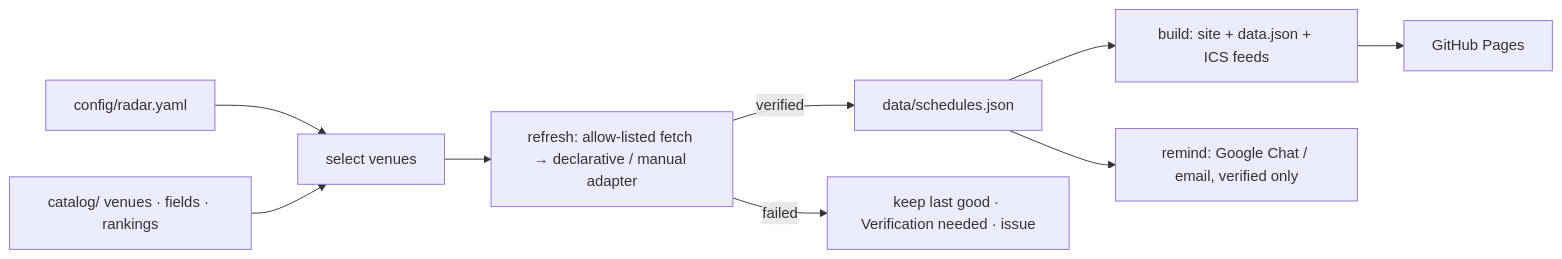
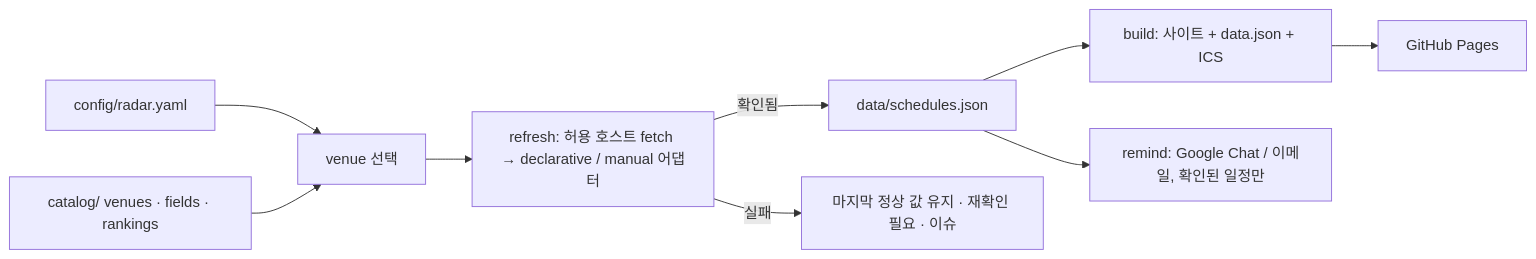
The diagram in README.md (jhparkland/PaperRadar), drawn with Mermaid before and after one commit. The commit also changed other lines of this file and 2 other files, not shown here.

````diff
--- a/README.md
+++ b/README.md
@@ -81,11 +79,11 @@
 ```mermaid
 flowchart LR
-  C[config/radar.yaml] --> S[select venues]
+  C[config/radar.yaml] --> S[venue 선택]
   K[catalog/ venues · fields · rankings] --> S
-  S --> R[refresh: allow-listed fetch → declarative / manual adapter]
-  R -->|verified| D[data/schedules.json]
-  R -->|failed| D2[keep last good · Verification needed · issue]
-  D --> B[build: site + data.json + ICS feeds]
-  D --> N[remind: Google Chat / email, verified only]
+  S --> R[refresh: 허용 호스트 fetch → declarative / manual 어댑터]
+  R -->|확인됨| D[data/schedules.json]
+  R -->|실패| D2[마지막 정상 값 유지 · 재확인 필요 · 이슈]
+  D --> B[build: 사이트 + data.json + ICS]
+  D --> N[remind: Google Chat / 이메일, 확인된 일정만]
   B --> P[GitHub Pages]
 ```
````
